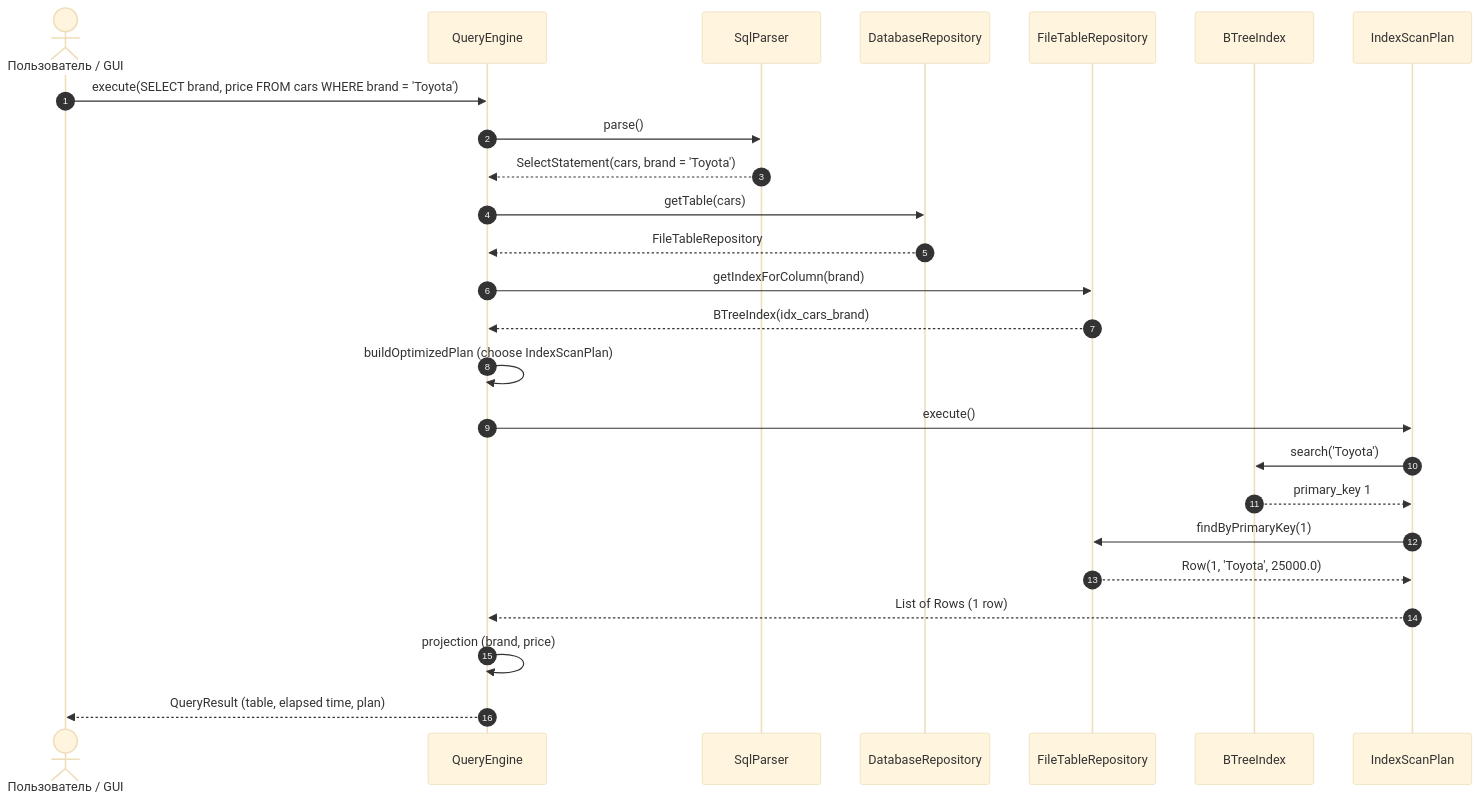
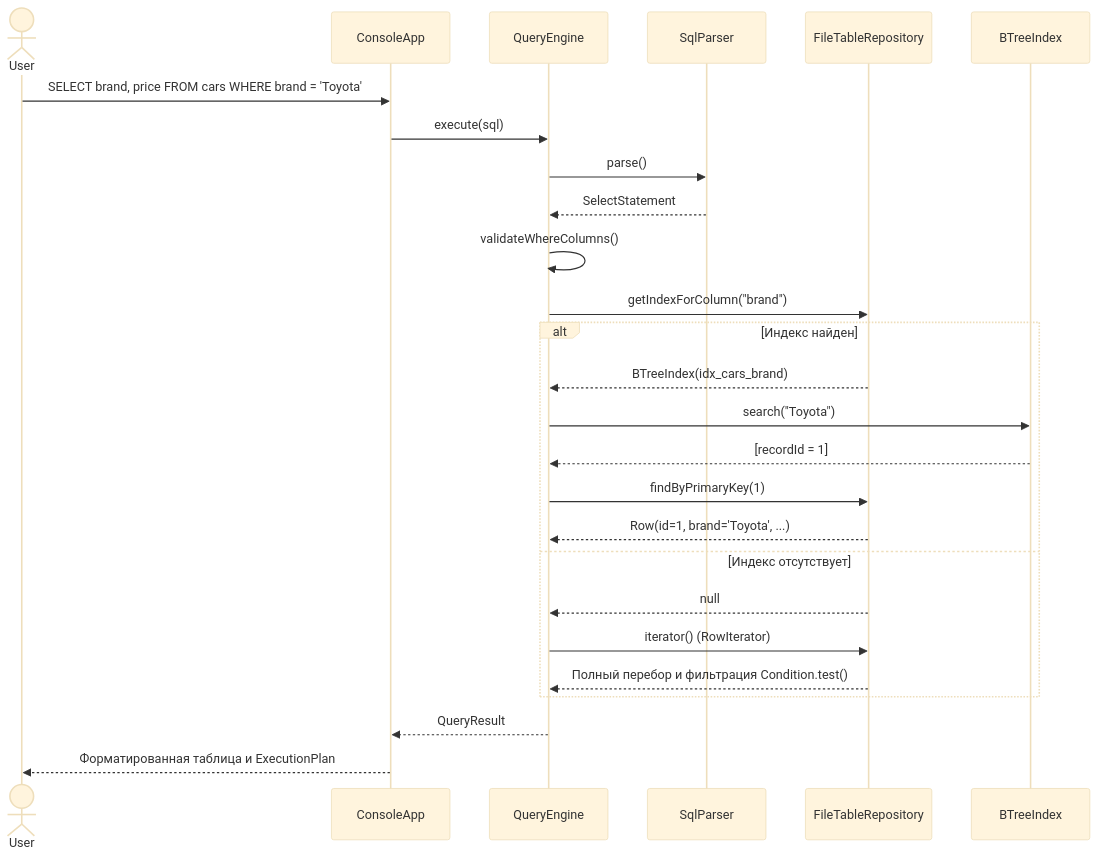
The second of 3 diagrams in README.md (DanislonZombovich/java-lab2), drawn with Mermaid (base theme) before and after one commit. The commit also changed other lines of this file and 46 other files, not shown here.

Commit message:
fix: improve B-Tree performance and deletion, crash recovery, SQL parser, Javadoc, and README

````diff
--- a/README.md
+++ b/README.md
@@ -179,28 +152,29 @@
 ```mermaid
 sequenceDiagram
-    autonumber
-    actor User as Пользователь / GUI
-    participant Engine as QueryEngine
-    participant Parser as SqlParser
-    participant Repo as DatabaseRepository
-    participant TableRepo as FileTableRepository
-    participant Index as BTreeIndex
-    participant Plan as IndexScanPlan
+    actor User
+    participant ConsoleApp
+    participant QueryEngine
+    participant SqlParser
+    participant FileTableRepository
+    participant BTreeIndex
 
-    User->>Engine: execute(SELECT brand, price FROM cars WHERE brand = 'Toyota')
-    Engine->>Parser: parse()
-    Parser-->>Engine: SelectStatement(cars, brand = 'Toyota')
-    Engine->>Repo: getTable(cars)
-    Repo-->>Engine: FileTableRepository
-    Engine->>TableRepo: getIndexForColumn(brand)
-    TableRepo-->>Engine: BTreeIndex(idx_cars_brand)
-    Engine->>Engine: buildOptimizedPlan (choose IndexScanPlan)
-    Engine->>Plan: execute()
-    Plan->>Index: search('Toyota')
-    Index-->>Plan: primary_key 1
-    Plan->>TableRepo: findByPrimaryKey(1)
-    TableRepo-->>Plan: Row(1, 'Toyota', 25000.0)
-    Plan-->>Engine: List of Rows (1 row)
-    Engine->>Engine: projection (brand, price)
-    Engine-->>User: QueryResult (table, elapsed time, plan)
+    User->>ConsoleApp: SELECT brand, price FROM cars WHERE brand = 'Toyota';
+    ConsoleApp->>QueryEngine: execute(sql)
+    QueryEngine->>SqlParser: parse()
+    SqlParser-->>QueryEngine: SelectStatement
+    QueryEngine->>QueryEngine: validateWhereColumns()
+    QueryEngine->>FileTableRepository: getIndexForColumn("brand")
+    alt Индекс найден
+        FileTableRepository-->>QueryEngine: BTreeIndex(idx_cars_brand)
+        QueryEngine->>BTreeIndex: search("Toyota")
+        BTreeIndex-->>QueryEngine: [recordId = 1]
+        QueryEngine->>FileTableRepository: findByPrimaryKey(1)
+        FileTableRepository-->>QueryEngine: Row(id=1, brand='Toyota', ...)
+    else Индекс отсутствует
+        FileTableRepository-->>QueryEngine: null
+        QueryEngine->>FileTableRepository: iterator() (RowIterator)
+        FileTableRepository-->>QueryEngine: Полный перебор и фильтрация Condition.test()
+    end
+    QueryEngine-->>ConsoleApp: QueryResult
+    ConsoleApp-->>User: Форматированная таблица и ExecutionPlan
 ```
````
